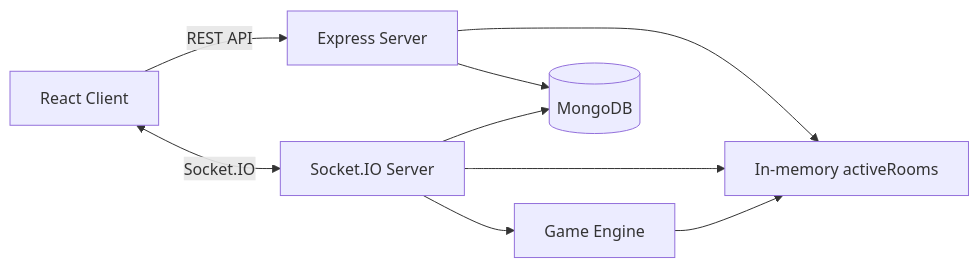
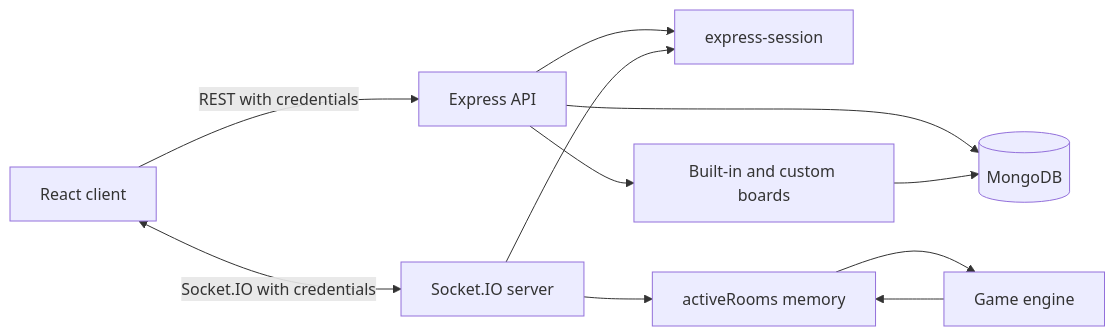
One commit to amanbotx2-fr/Monopoly-TypeShit changed the diagram in README.md. Above: the diagram before and after it, drawn with Mermaid. The commit also changed other lines of this file and 64 other files, not shown here.

````diff
--- a/README.md
+++ b/README.md
@@ -65,11 +225,13 @@
 ```mermaid
 flowchart LR
-    Browser[React Client] -->|REST API| Express[Express Server]
-    Browser <-->|Socket.IO| Socket[Socket.IO Server]
-    Express --> Rooms[In-memory activeRooms]
-    Socket --> Rooms
-    Socket --> Engine[Game Engine]
+    Browser[React client] -->|REST with credentials| Express[Express API]
+    Browser <-->|Socket.IO with credentials| Socket[Socket.IO server]
+    Express --> Session[express-session]
+    Socket --> Session
+    Express --> Mongo[(MongoDB)]
+    Socket --> Rooms[activeRooms memory]
+    Rooms --> Engine[Game engine]
     Engine --> Rooms
-    Express --> Mongo[(MongoDB)]
-    Socket --> Mongo
+    Express --> Boards[Built-in and custom boards]
+    Boards --> Mongo
 ```
````
